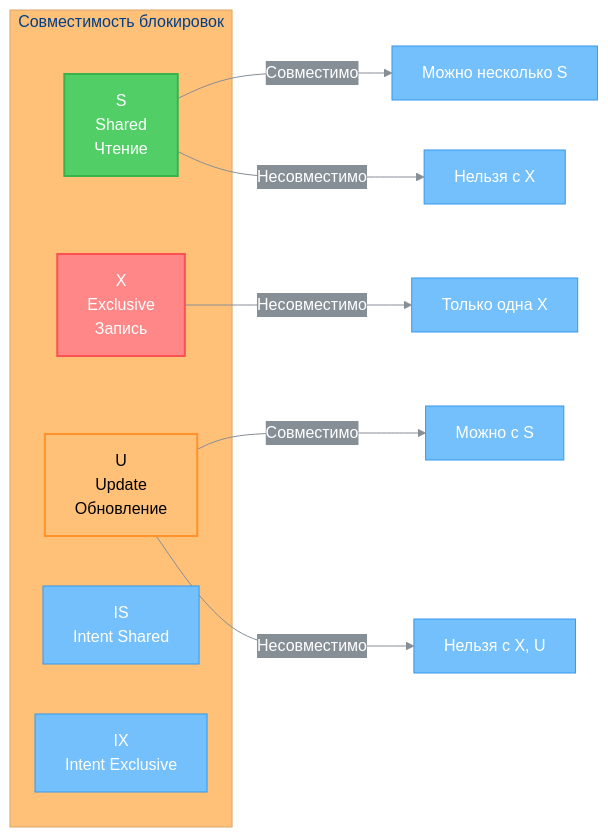
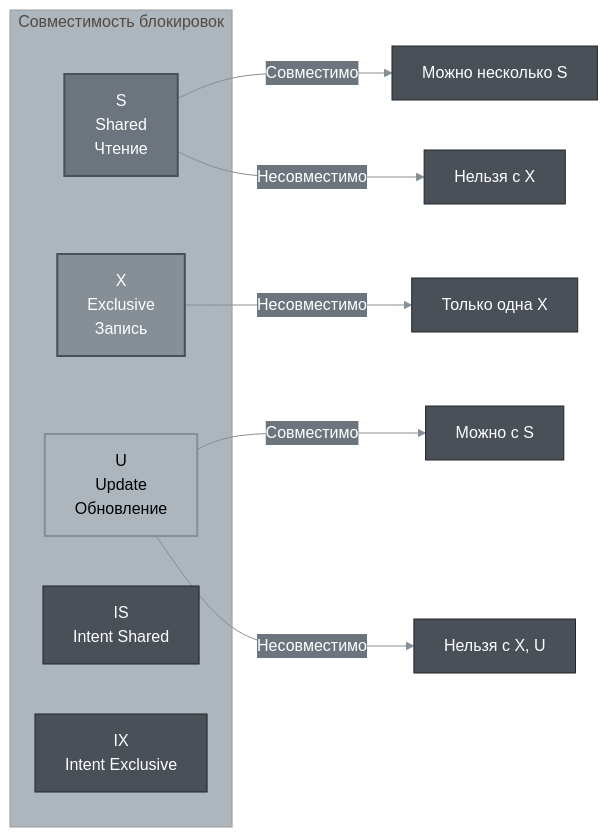
Before and after one commit to alx314vo/db_exam: the tenth of 23 diagrams in db_exam.md, drawn with Mermaid. The commit also changed other lines of this file, not shown here.

````diff
--- a/db_exam.md
+++ b/db_exam.md
@@ -537,21 +537,21 @@
 ```mermaid
-%%{init: {'theme':'base', 'themeVariables': {'primaryColor':'#74c0fc','primaryTextColor':'#fff','primaryBorderColor':'#339af0','lineColor':'#868e96','secondaryColor':'#868e96','tertiaryColor':'#ffc078','background':'#ffffff','textColor':'#212529'}}}%%
+%%{init: {'theme':'base', 'themeVariables': {'primaryColor':'#495057','primaryTextColor':'#fff','primaryBorderColor':'#212529','lineColor':'#868e96','secondaryColor':'#6c757d','tertiaryColor':'#adb5bd','background':'#ffffff','textColor':'#212529'}}}%%
 graph LR
     subgraph "Совместимость блокировок"
         A[S<br/>Shared<br/>Чтение] 
         B[X<br/>Exclusive<br/>Запись]
         C[U<br/>Update<br/>Обновление]
         D[IS<br/>Intent Shared]
         E[IX<br/>Intent Exclusive]
     end
     
     A -->|Совместимо| A1[Можно несколько S]
     A -->|Несовместимо| B1[Нельзя с X]
     B -->|Несовместимо| B2[Только одна X]
     C -->|Совместимо| C1[Можно с S]
     C -->|Несовместимо| C2[Нельзя с X, U]
     
-    style A fill:#51cf66,stroke:#37b24d,stroke-width:2px,color:#fff
-    style B fill:#ff8787,stroke:#fa5252,stroke-width:2px,color:#fff
-    style C fill:#ffc078,stroke:#ff922b,stroke-width:2px,color:#000
+    style A fill:#6c757d,stroke:#495057,stroke-width:2px,color:#fff
+    style B fill:#868e96,stroke:#495057,stroke-width:2px,color:#fff
+    style C fill:#adb5bd,stroke:#868e96,stroke-width:2px,color:#000
 ```
````
